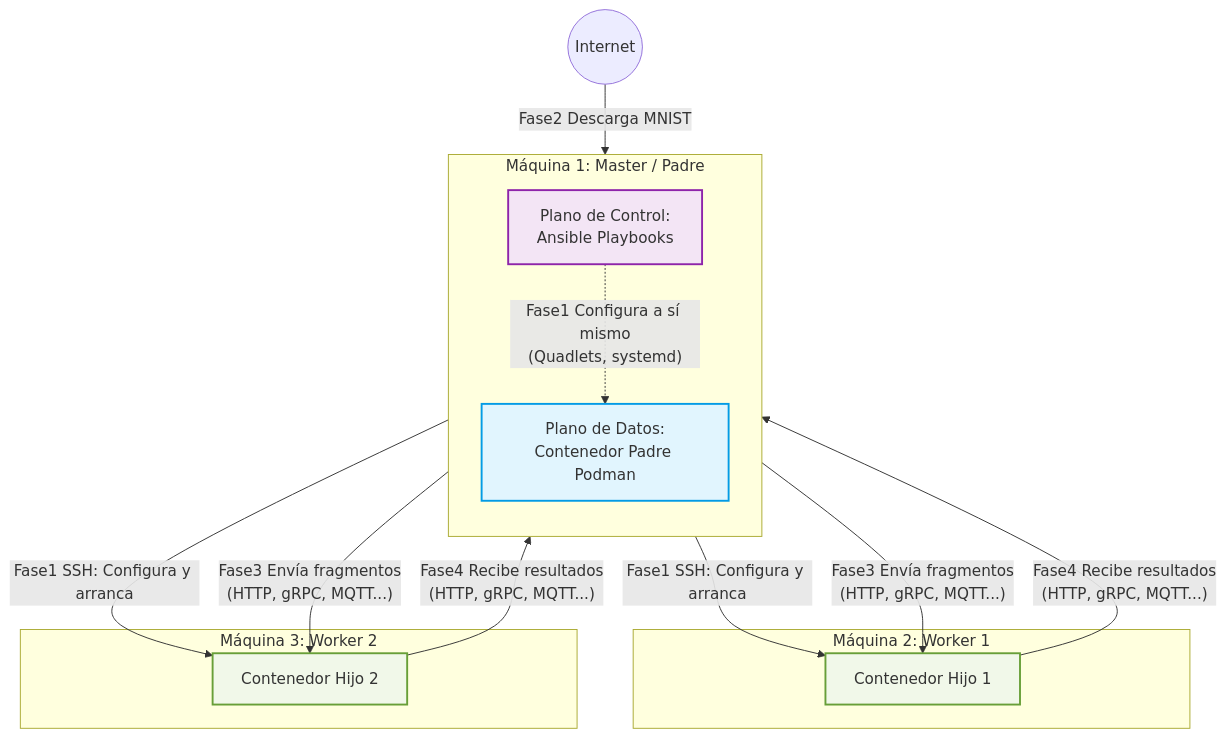
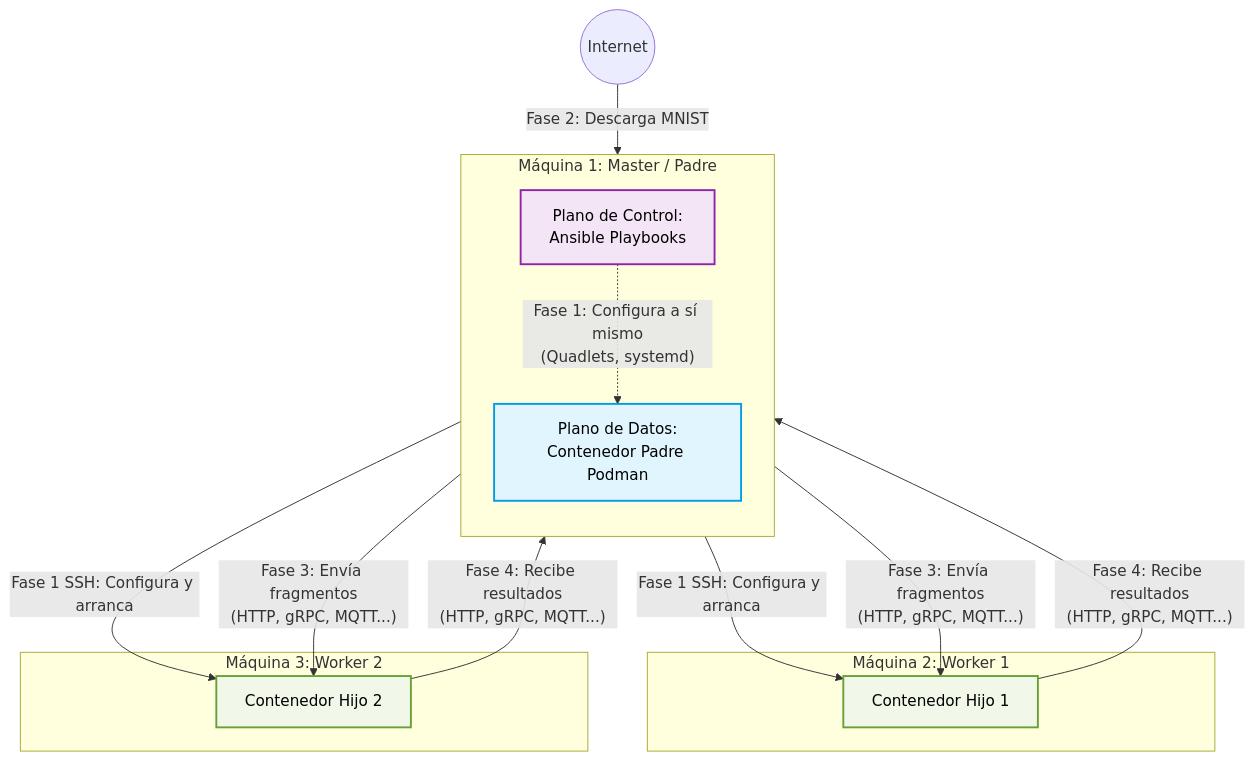
The diagram in entrega-2/entrega-2.md (xji650/tfg-systemd-kubernetes), drawn with Mermaid before and after one commit. The commit also changed other lines of this file, not shown here.

Commit message:
Refactor flowchart in entrega-2.md for improved readability and clarity

````diff
--- a/entrega-2/entrega-2.md
+++ b/entrega-2/entrega-2.md
@@ -24,45 +24,44 @@
 ``` mermaid
 flowchart TD
-Internet((Internet))
+    Internet((Internet))
 
-subgraph Maquina1 [Máquina 1: Master / Padre]
-    direction TB
-    Ansible[Plano de Control:\nAnsible Playbooks]
-    Padre[Plano de Datos:\nContenedor Padre Podman]
-    
-    Ansible -. "Fase1 Configura a sí mismo\n(Quadlets, systemd)" .-> Padre
-end
+    subgraph Maquina1 ["Máquina 1: Master / Padre"]
+        direction TB
+        Ansible["Plano de Control:<br>Ansible Playbooks"]
+        Padre["Plano de Datos:<br>Contenedor Padre Podman"]
+        
+        Ansible -. "Fase 1: Configura a sí mismo<br>(Quadlets, systemd)" .-> Padre
+    end
 
-subgraph Maquina2 [Máquina 2: Worker 1]
-    Hijo1[Contenedor Hijo 1]
-end
+    subgraph Maquina2 ["Máquina 2: Worker 1"]
+        Hijo1["Contenedor Hijo 1"]
+    end
 
-subgraph Maquina3 [Máquina 3: Worker 2]
-    Hijo2[Contenedor Hijo 2]
-end
+    subgraph Maquina3 ["Máquina 3: Worker 2"]
+        Hijo2["Contenedor Hijo 2"]
+    end
 
-%% FASE 1: Aprovisionamiento (Ansible a Hijos)
-Ansible -- "Fase1 SSH: Configura y arranca" --> Hijo1
-Ansible -- "Fase1 SSH: Configura y arranca" --> Hijo2
+    %% FASE 1: Aprovisionamiento (Ansible a Hijos)
+    Ansible -- "Fase 1 SSH: Configura y arranca" --> Hijo1
+    Ansible -- "Fase 1 SSH: Configura y arranca" --> Hijo2
 
-%% FASE 2: Dataset
-Internet -- "Fase2 Descarga MNIST" --> Padre
+    %% FASE 2: Dataset
+    Internet -- "Fase 2: Descarga MNIST" --> Padre
 
-%% FASE 3 y 4: Procesamiento (Protocolos a evaluar)
-Padre -- "Fase3 Envía fragmentos \n(HTTP, gRPC, MQTT...)" --> Hijo1
-Hijo1 -- "Fase4 Recibe resultados\n(HTTP, gRPC, MQTT...)" --> Padre
+    %% FASE 3 y 4: Procesamiento (Protocolos a evaluar)
+    Padre -- "Fase 3: Envía fragmentos<br>(HTTP, gRPC, MQTT...)" --> Hijo1
+    Hijo1 -- "Fase 4: Recibe resultados<br>(HTTP, gRPC, MQTT...)" --> Padre
 
-Padre -- "Fase3 Envía fragmentos \n(HTTP, gRPC, MQTT...)" --> Hijo2
-Hijo2 -- "Fase4 Recibe resultados\n(HTTP, gRPC, MQTT...)" --> Padre
+    Padre -- "Fase 3: Envía fragmentos<br>(HTTP, gRPC, MQTT...)" --> Hijo2
+    Hijo2 -- "Fase 4: Recibe resultados<br>(HTTP, gRPC, MQTT...)" --> Padre
 
+    %% Estilos (Añadido color:#000 para forzar contraste en Docsify)
+    classDef control fill:#f3e5f5,stroke:#8e24aa,stroke-width:2px,color:#000;
+    classDef datos fill:#e1f5fe,stroke:#039be5,stroke-width:2px,color:#000;
+    classDef worker fill:#f1f8e9,stroke:#689f38,stroke-width:2px,color:#000;
 
-%% Estilos
-classDef control fill:#f3e5f5,stroke:#8e24aa,stroke-width:2px;
-classDef datos fill:#e1f5fe,stroke:#039be5,stroke-width:2px;
-classDef worker fill:#f1f8e9,stroke:#689f38,stroke-width:2px;
-
-class Ansible control;
-class Padre datos;
-class Hijo1,Hijo2 worker;
+    class Ansible control;
+    class Padre datos;
+    class Hijo1,Hijo2 worker;
 
 ```
````
